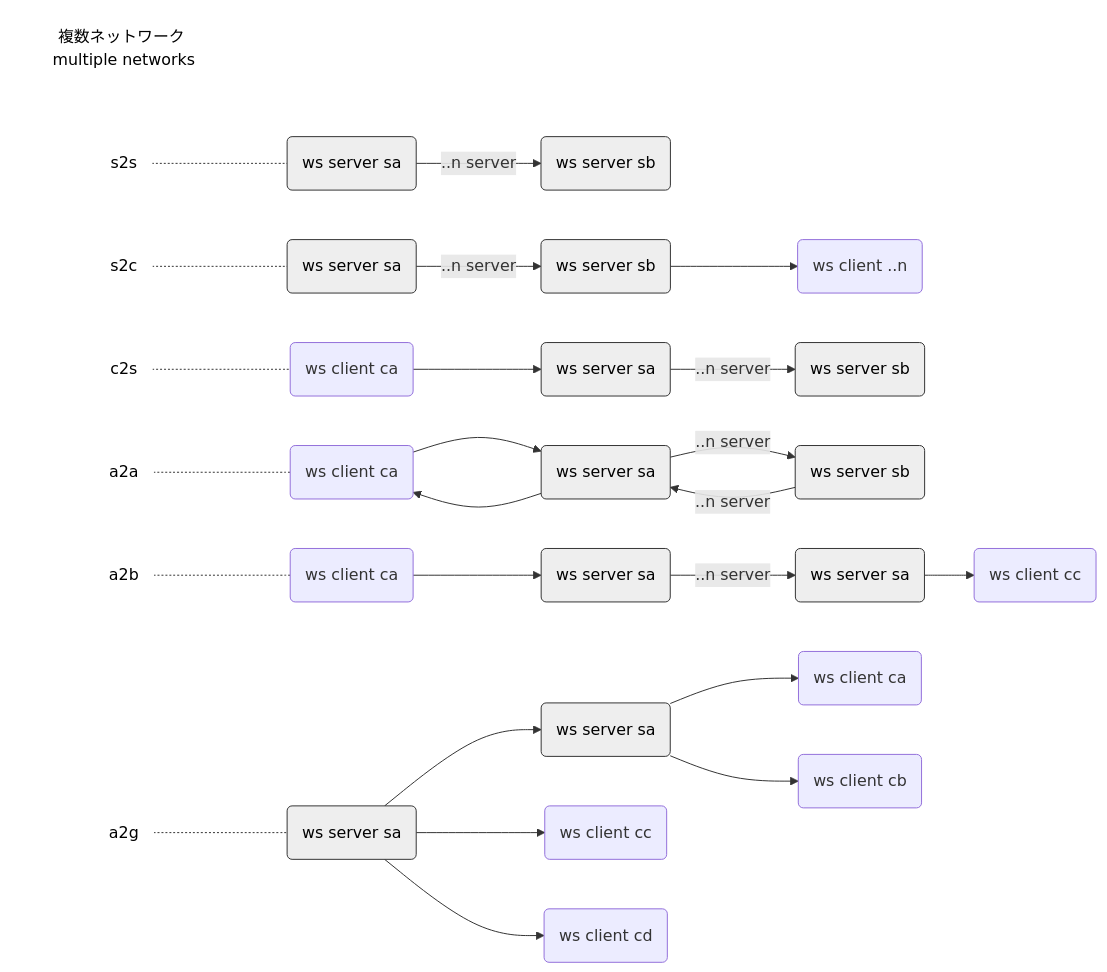
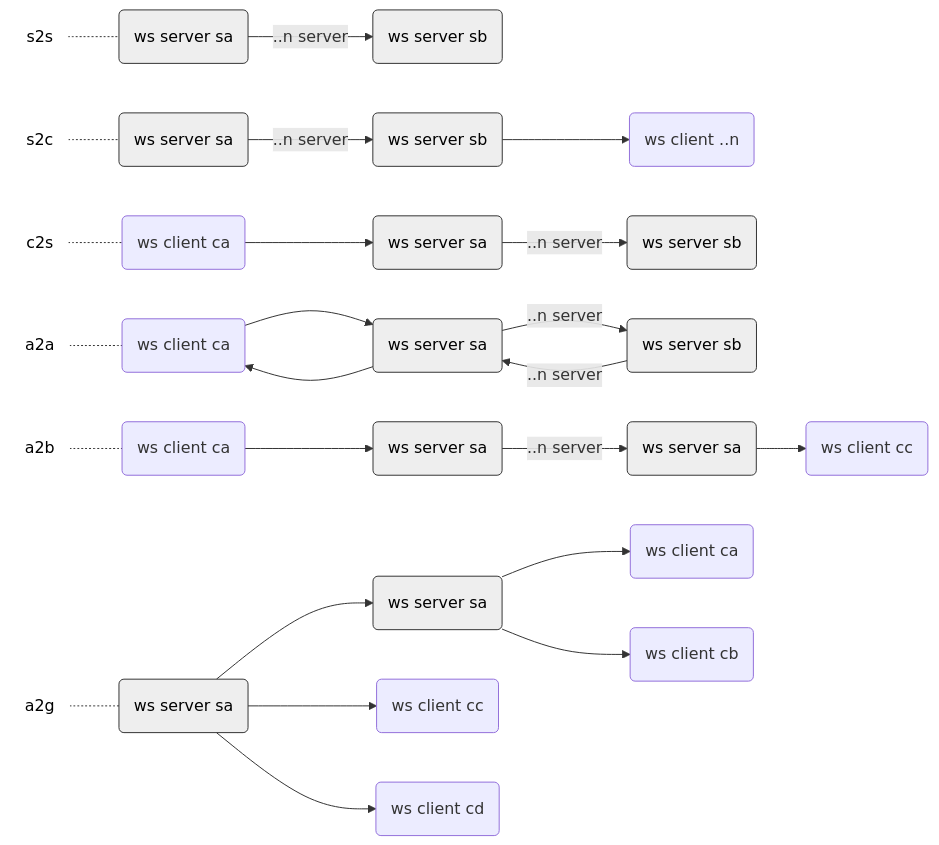
One commit to toshirot/w2w changed the sixth of 10 diagrams in README.md. Above: the diagram before and after it, drawn with Mermaid. The commit also changed other lines of this file, not shown here.

````diff
--- a/README.md
+++ b/README.md
@@ -118,68 +159,66 @@
 ```mermaid
 flowchart LR
-
-text2(複数ネットワーク multiple networks):::class_text
 
     %%multi_type1
         text_s2s(s2s):::class_text_min
         multi_type1s1(ws server sa):::class_server
         multi_type1s2(ws server sb):::class_server
             text_s2s -.- multi_type1s1
             multi_type1s1 --> |..n server| multi_type1s2
 
     %%multi_type2
         text_s2c(s2c):::class_text_min
         multi_type2s1(ws server sa):::class_server
         multi_type2s2(ws server sb):::class_server
         multi_type2c(ws client ..n) 
             text_s2c -.- multi_type2s1
             multi_type2s1 -->  |..n server| multi_type2s2 --> multi_type2c
 
     %%multi_type3
         text_c2s(c2s):::class_text_min
         multi_type3c(ws client ca) 
         multi_type3s1(ws server sa):::class_server
         multi_type3s2(ws server sb):::class_server
             text_c2s -.- multi_type3c
             multi_type3c --> multi_type3s1 -->  |..n server| multi_type3s2
 
     %%single_type4
         text_a2a(a2a):::class_text_min
         multi_type4c1(ws client ca) 
         multi_type4s1(ws server sa):::class_server 
         multi_type4s2(ws server sb):::class_server
             text_a2a -.- multi_type4c1
             multi_type4c1 --> multi_type4s1 --> |..n server| multi_type4s2 -->  |..n server| multi_type4s1--> multi_type4c1
  
      %%multi_type5
         text_a2b(a2b):::class_text_min
         multi_type5c1(ws client ca) 
         multi_type5s1(ws server sa):::class_server
         multi_type5s2(ws server sa):::class_server 
         multi_type5c3(ws client cc) 
             text_a2b -.- multi_type5c1
             multi_type5c1 --> multi_type5s1
                         multi_type5s1 -->  |..n server| multi_type5s2
                         multi_type5s2 --> multi_type5c3
 
     %%single_type6
         text_a2g(a2g):::class_text_min
         multi_type6c1(ws client ca) 
         multi_type6s1(ws server sa):::class_server 
         multi_type6s2(ws server sa):::class_server 
         multi_type6c2(ws client cb) 
         multi_type6c3(ws client cc) 
         multi_type6c4(ws client cd) 
             text_a2g -.- multi_type6s1
             multi_type6s1 --> multi_type6s2
                 multi_type6s2 --> multi_type6c1
             multi_type6s2 --> multi_type6c2
                         multi_type6s1 --> multi_type6c3
                         multi_type6s1 --> multi_type6c4
 
 
 classDef class_server fill:#eee,color:#000,stroke:#333
 classDef class_text fill:#fff,color:#000,stroke:#fff
 classDef class_text_min fill:#fff,color:#000,stroke:#fff,margin:0
 
 ```
````
